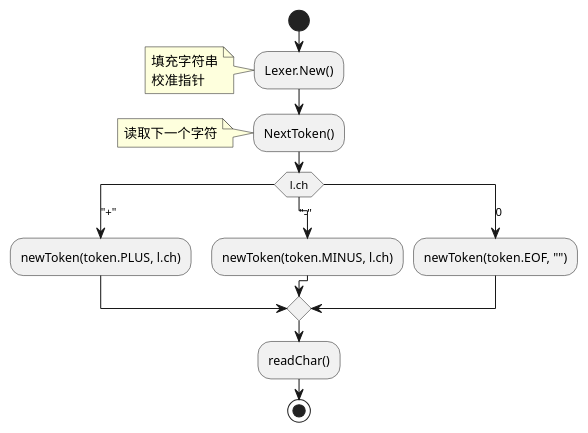
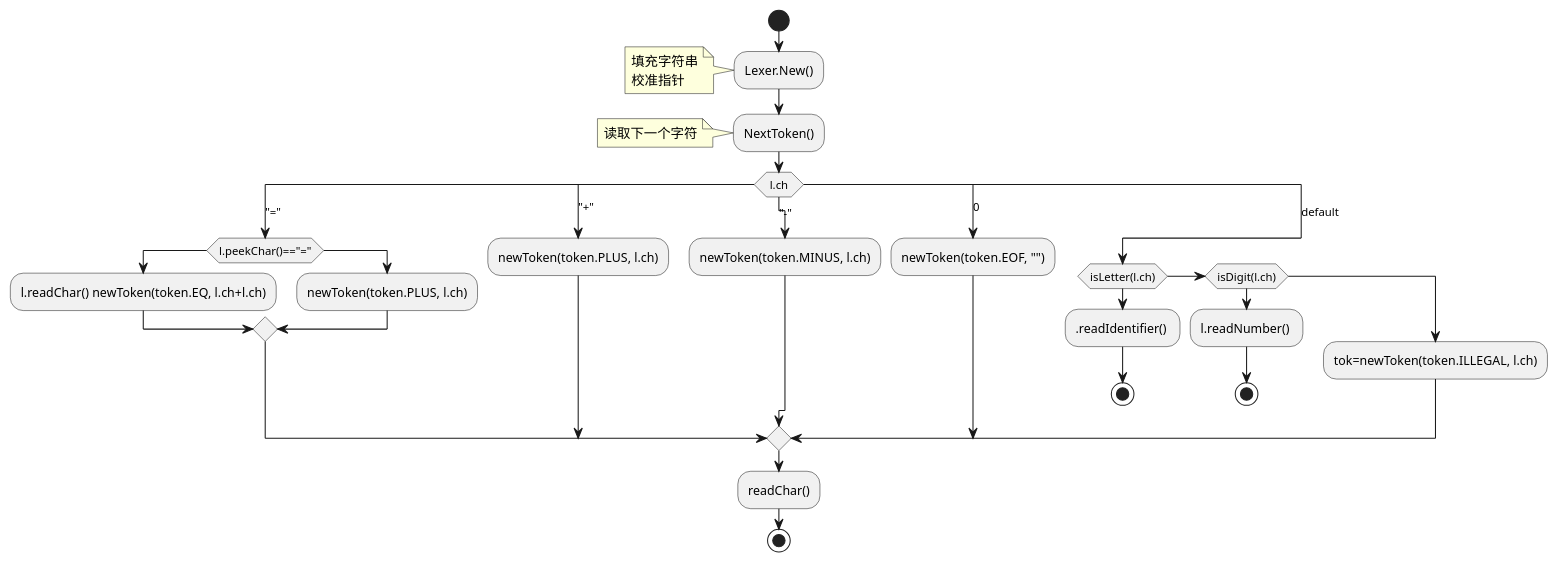
The diagram in lexer/ac.puml (huayun321/yun-interpreter), drawn with PlantUML before and after one commit.

Commit message:
nextToken uml

```diff
--- a/lexer/ac.puml
+++ b/lexer/ac.puml
@@ -1,27 +1,44 @@
 @startuml
 'https://plantuml.com/activity-diagram-beta
 
 start
 :Lexer.New();
 note
 填充字符串
 校准指针
 end note
 :NextToken();
 note
 读取下一个字符
 end note
 
 switch (l.ch)
+case("=")
+if (l.peekChar()=="=") then
+
+:l.readChar() newToken(token.EQ, l.ch+l.ch);
+else
+:newToken(token.PLUS, l.ch);
+endif
 case("+")
 :newToken(token.PLUS, l.ch);
 case("-")
 :newToken(token.MINUS, l.ch);
 case(0)
 :newToken(token.EOF, "");
+case(default)
+if (isLetter(l.ch)) then
+:.readIdentifier() ;
+stop
+elseif (isDigit(l.ch))
+:l.readNumber() ;
+stop
+else
+:tok=newToken(token.ILLEGAL, l.ch);
+endif
 endswitch
 
 :readChar();
 stop
 
 @enduml
```
